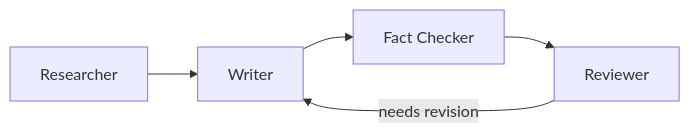
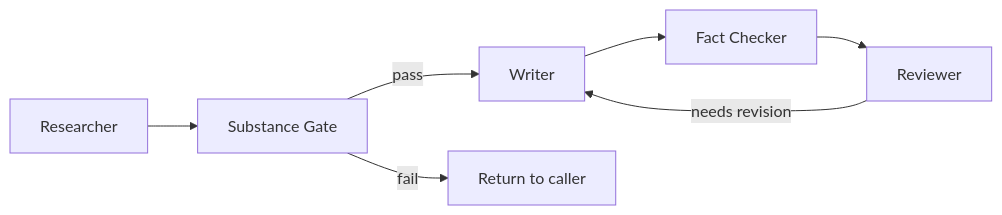
The diagram in apps/blog/blog/markdown/wiki/projects/agent-team/publisher.md (kylep/multi), drawn with Mermaid before and after one commit. The commit also changed other lines of this file and 9 other files, not shown here.

````diff
--- a/apps/blog/blog/markdown/wiki/projects/agent-team/publisher.md
+++ b/apps/blog/blog/markdown/wiki/projects/agent-team/publisher.md
@@ -46,7 +51,9 @@
 ```mermaid
 graph LR
-    R["Researcher"] --> W["Writer"]
+    R["Researcher"] --> SG["Substance Gate"]
+    SG -->|pass| W["Writer"]
+    SG -->|fail| Stop["Return to caller"]
     W --> FC["Fact Checker"]
     FC --> Rev["Reviewer"]
     Rev -->|needs revision| W
 ```
````
